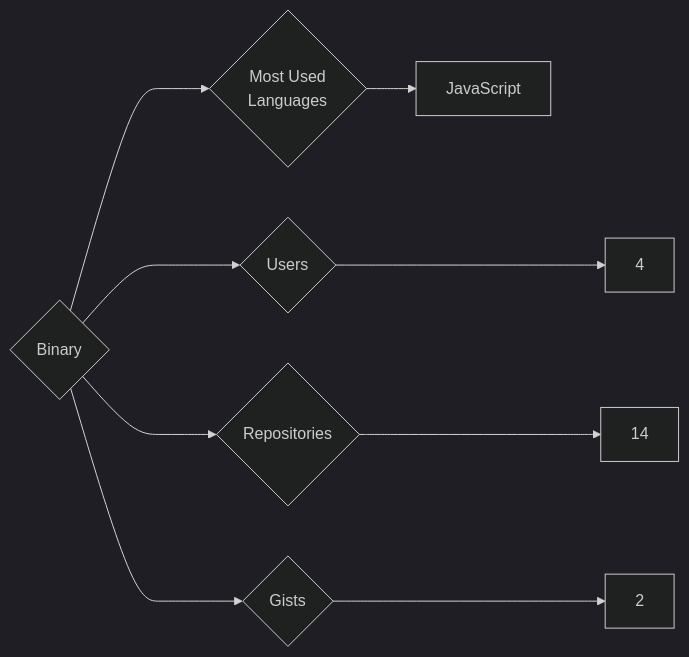
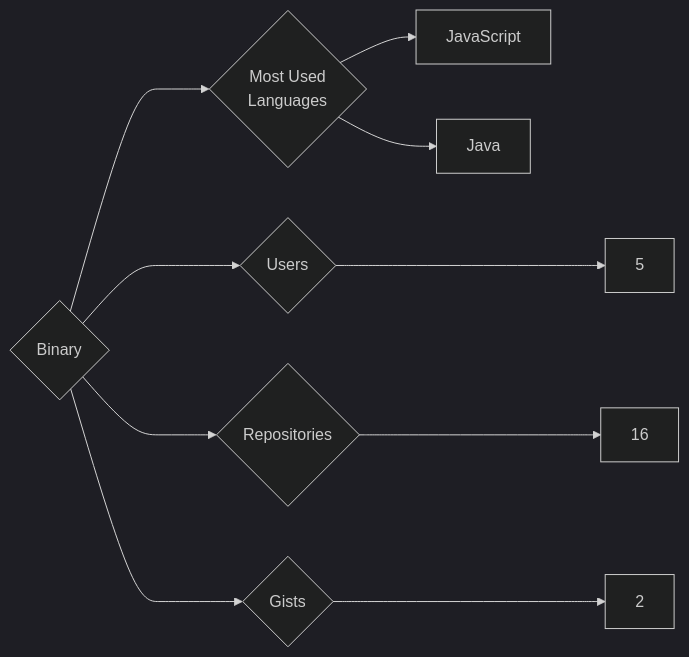
Before and after one commit to trickest/insiders: the diagram in targets/Binary/README.md, drawn with Mermaid (dark theme). The commit also changed 545 other files, not shown here.

````diff
--- a/targets/Binary/README.md
+++ b/targets/Binary/README.md
@@ -3,9 +3,10 @@
 ```mermaid
 graph LR
 COMPANY_NAME{Binary}
-COMPANY_NAME ---> U{Users} ---> UN[4]
-COMPANY_NAME ---> R{Repositories} ---> RN[14]
+COMPANY_NAME ---> U{Users} ---> UN[5]
+COMPANY_NAME ---> R{Repositories} ---> RN[16]
 COMPANY_NAME ---> G{Gists} ---> GN[2]
 COMPANY_NAME ---> ML{Most Used<br>Languages}
 ML --> JavaScript[JavaScript]
+ML --> Java[Java]
 ```
````
